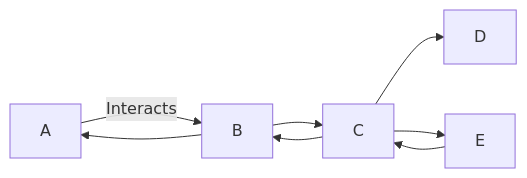
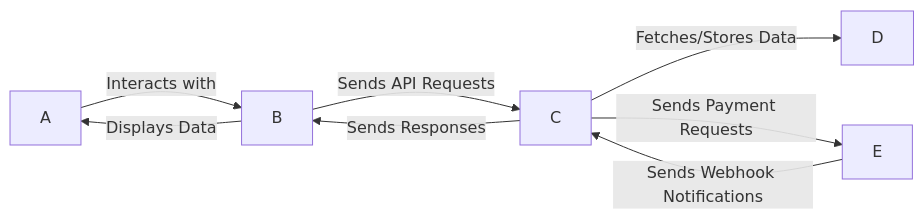
The diagram in README.md (RAJATKUMARSINGH527/School-Payments-Application), drawn with Mermaid before and after one commit.

Commit message:
Added SchoolPay readme.md

````diff
--- a/README.md
+++ b/README.md
@@ -83,11 +83,10 @@
 ```mermaid
 graph LR
-    A -->|Interacts| B
-    B --> C
-    C --> D
-    C --> E
-    E --> C
-    C --> B
-    B --> A
-
+    A -->|Interacts with| B
+    B -->|Sends API Requests| C
+    C -->|Fetches/Stores Data| D
+    C -->|Sends Payment Requests| E
+    E -->|Sends Webhook Notifications| C
+    C -->|Sends Responses| B
+    B -->|Displays Data| A
 ```
````
